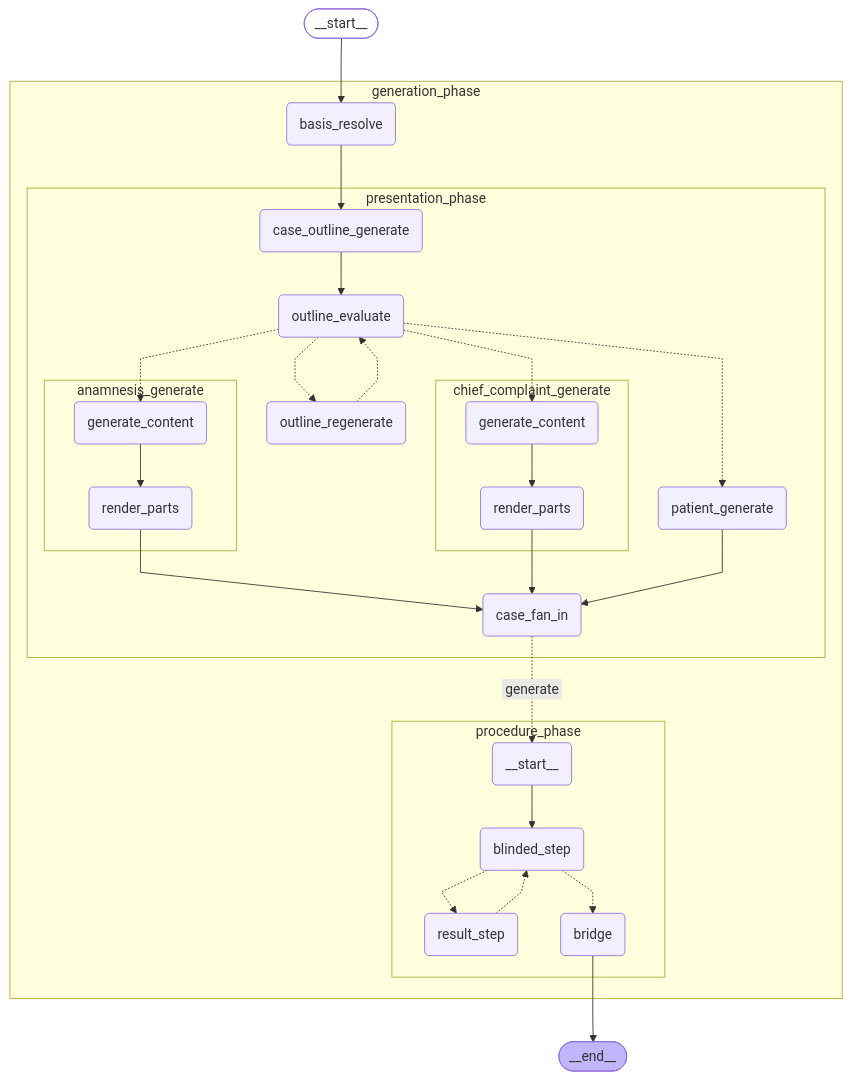
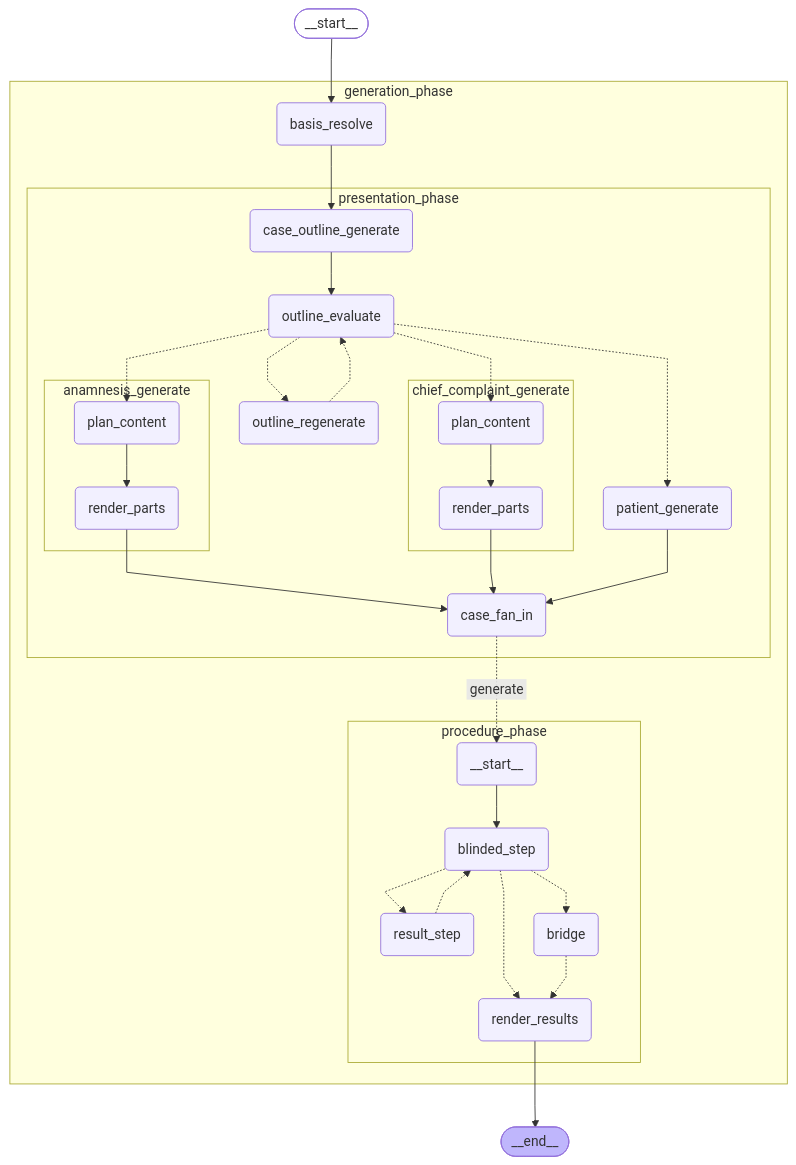
Before and after one commit to janthoXO/AetioMed: the diagram in docs/graphs/case-graph.none.mmd, drawn with Mermaid. The commit also changed 5 other files, not shown here.

```diff
--- a/docs/graphs/case-graph.none.mmd
+++ b/docs/graphs/case-graph.none.mmd
@@ -1,50 +1,53 @@
 %%{init: {'flowchart': {'curve': 'linear'}}}%%
 graph TD;
 	__start__([<p>__start__</p>]):::first
 	generation_phase_basis_resolve(basis_resolve)
 	generation_phase_presentation_phase_case_outline_generate(case_outline_generate)
 	generation_phase_presentation_phase_outline_evaluate(outline_evaluate)
 	generation_phase_presentation_phase_outline_regenerate(outline_regenerate)
 	generation_phase_presentation_phase_patient_generate(patient_generate)
-	generation_phase_presentation_phase_chief_complaint_generate_generate_content(generate_content)
+	generation_phase_presentation_phase_chief_complaint_generate_plan_content(plan_content)
 	generation_phase_presentation_phase_chief_complaint_generate_render_parts(render_parts)
-	generation_phase_presentation_phase_anamnesis_generate_generate_content(generate_content)
+	generation_phase_presentation_phase_anamnesis_generate_plan_content(plan_content)
 	generation_phase_presentation_phase_anamnesis_generate_render_parts(render_parts)
 	generation_phase_presentation_phase_case_fan_in(case_fan_in)
 	generation_phase_procedure_phase___start__(<p>__start__</p>)
 	generation_phase_procedure_phase_blinded_step(blinded_step)
 	generation_phase_procedure_phase_result_step(result_step)
 	generation_phase_procedure_phase_bridge(bridge)
+	generation_phase_procedure_phase_render_results(render_results)
 	__end__([<p>__end__</p>]):::last
 	__start__ --> generation_phase_basis_resolve;
-	generation_phase_procedure_phase_bridge --> __end__;
+	generation_phase_procedure_phase_render_results --> __end__;
 	subgraph generation_phase
 	subgraph presentation_phase
 	subgraph chief_complaint_generate
-	generation_phase_presentation_phase_chief_complaint_generate_generate_content --> generation_phase_presentation_phase_chief_complaint_generate_render_parts;
+	generation_phase_presentation_phase_chief_complaint_generate_plan_content --> generation_phase_presentation_phase_chief_complaint_generate_render_parts;
 	end
 	subgraph anamnesis_generate
-	generation_phase_presentation_phase_anamnesis_generate_generate_content --> generation_phase_presentation_phase_anamnesis_generate_render_parts;
+	generation_phase_presentation_phase_anamnesis_generate_plan_content --> generation_phase_presentation_phase_anamnesis_generate_render_parts;
 	end
 	generation_phase_presentation_phase_anamnesis_generate_render_parts --> generation_phase_presentation_phase_case_fan_in;
 	generation_phase_presentation_phase_case_outline_generate --> generation_phase_presentation_phase_outline_evaluate;
 	generation_phase_presentation_phase_chief_complaint_generate_render_parts --> generation_phase_presentation_phase_case_fan_in;
 	generation_phase_presentation_phase_patient_generate --> generation_phase_presentation_phase_case_fan_in;
 	generation_phase_presentation_phase_outline_evaluate -.-> generation_phase_presentation_phase_outline_regenerate;
 	generation_phase_presentation_phase_outline_evaluate -.-> generation_phase_presentation_phase_patient_generate;
-	generation_phase_presentation_phase_outline_evaluate -.-> generation_phase_presentation_phase_chief_complaint_generate_generate_content;
-	generation_phase_presentation_phase_outline_evaluate -.-> generation_phase_presentation_phase_anamnesis_generate_generate_content;
+	generation_phase_presentation_phase_outline_evaluate -.-> generation_phase_presentation_phase_chief_complaint_generate_plan_content;
+	generation_phase_presentation_phase_outline_evaluate -.-> generation_phase_presentation_phase_anamnesis_generate_plan_content;
 	generation_phase_presentation_phase_outline_regenerate -.-> generation_phase_presentation_phase_outline_evaluate;
 	end
 	subgraph procedure_phase
 	generation_phase_procedure_phase___start__ --> generation_phase_procedure_phase_blinded_step;
 	generation_phase_procedure_phase_blinded_step -.-> generation_phase_procedure_phase_result_step;
 	generation_phase_procedure_phase_blinded_step -.-> generation_phase_procedure_phase_bridge;
+	generation_phase_procedure_phase_blinded_step -.-> generation_phase_procedure_phase_render_results;
 	generation_phase_procedure_phase_result_step -.-> generation_phase_procedure_phase_blinded_step;
+	generation_phase_procedure_phase_bridge -.-> generation_phase_procedure_phase_render_results;
 	end
 	generation_phase_basis_resolve --> generation_phase_presentation_phase_case_outline_generate;
 	generation_phase_presentation_phase_case_fan_in -. &nbsp;generate&nbsp; .-> generation_phase_procedure_phase___start__;
 	end
 	classDef default fill:#f2f0ff,line-height:1.2;
 	classDef first fill-opacity:0;
 	classDef last fill:#bfb6fc;
```
